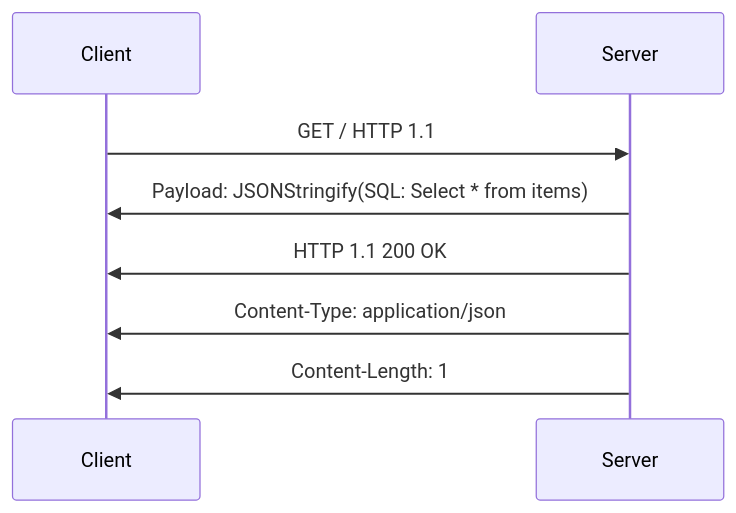
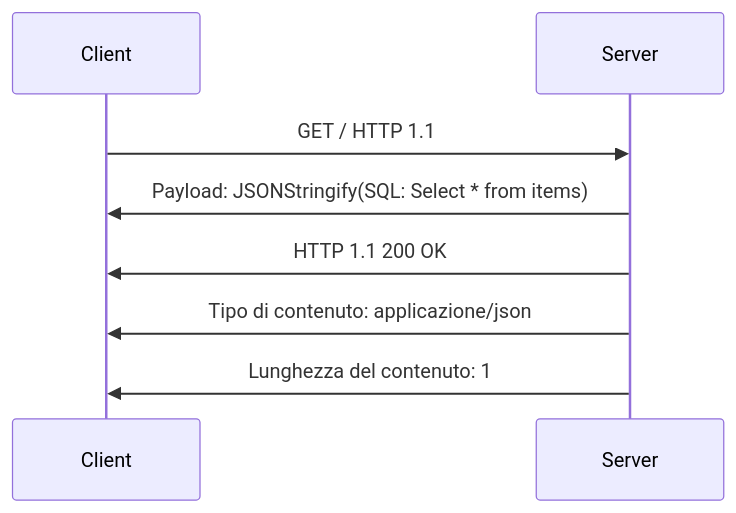
One commit to LJS360d/auctionsLab changed the second of 3 diagrams in SEQUENCEDIAGRAMS.md. Above: the diagram before and after it, drawn with Mermaid. The commit also changed other lines of this file, not shown here.

Commit message:
Translated Sequence Diagrams

````diff
--- a/SEQUENCEDIAGRAMS.md
+++ b/SEQUENCEDIAGRAMS.md
@@ -22,15 +22,15 @@
 ```mermaid
 
 sequenceDiagram
 
 Client ->> Server: GET / HTTP 1.1
 
 Server ->> Client: Payload: JSONStringify(SQL: Select * from items)
 
 Server ->> Client: HTTP 1.1 200 OK
 
-Server ->> Client: Content-Type: application/json
+Server ->> Client: Tipo di contenuto: applicazione/json
 
-Server ->> Client: Content-Length: 1
+Server ->> Client: Lunghezza del contenuto: 1
 
 ```
````
